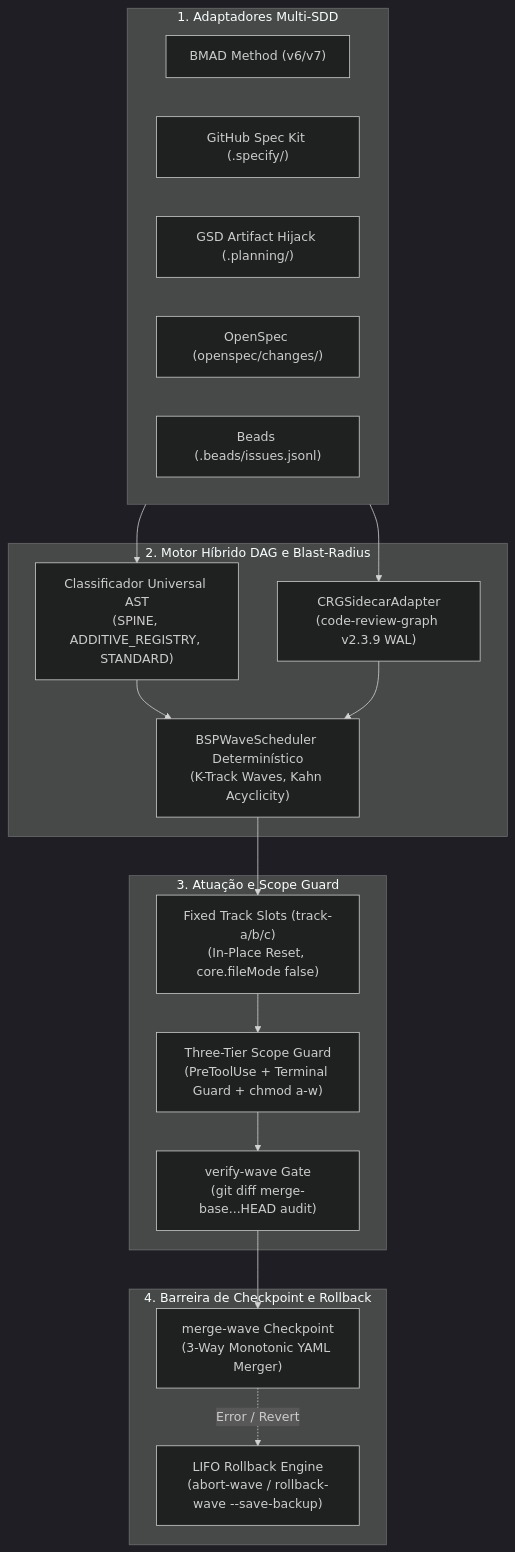
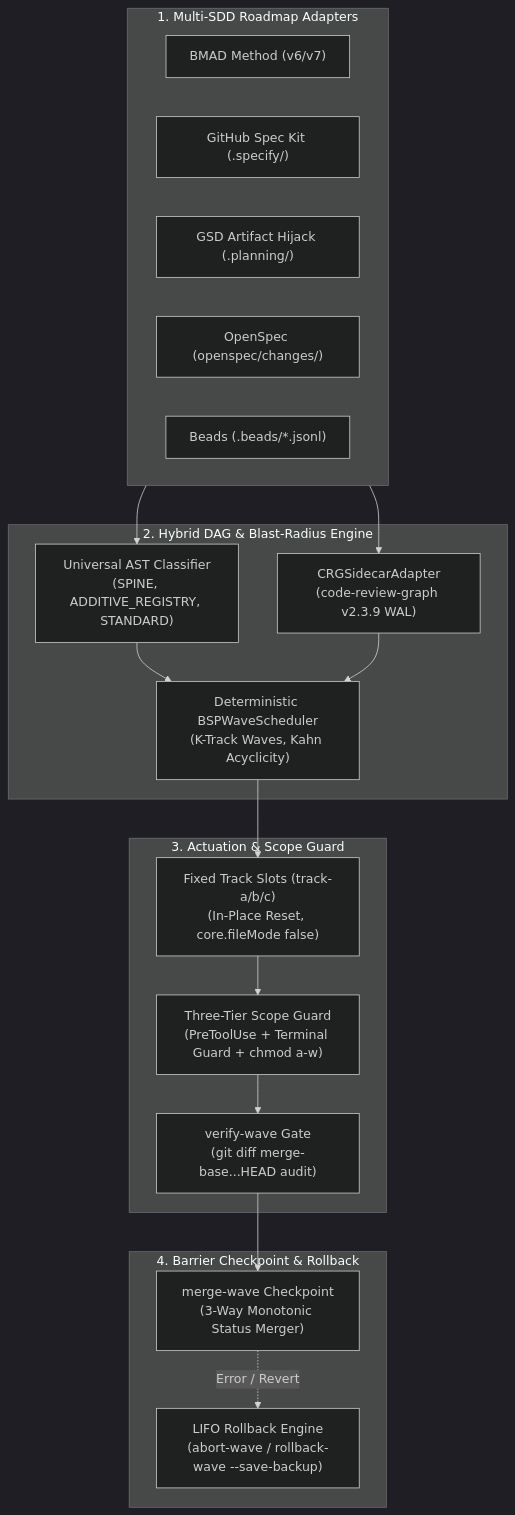
Before and after one commit to stopActingSoSmall/sdd-parallel: the diagram in docs/i18n/pt-BR/README.md, drawn with Mermaid (dark theme). The commit also changed other lines of this file and 14 other files, not shown here.

````diff
--- a/docs/i18n/pt-BR/README.md
+++ b/docs/i18n/pt-BR/README.md
@@ -157,34 +543,34 @@
 ```mermaid
 flowchart TD
-    subgraph Inputs["1. Adaptadores Multi-SDD"]
+    subgraph Inputs["1. Multi-SDD Roadmap Adapters"]
         BMAD["BMAD Method (v6/v7)"]
         SpecKit["GitHub Spec Kit (.specify/)"]
         GSD["GSD Artifact Hijack (.planning/)"]
         OpenSpec["OpenSpec (openspec/changes/)"]
-        Beads["Beads (.beads/issues.jsonl)"]
+        Beads["Beads (.beads/*.jsonl)"]
     end
 
-    subgraph Engine["2. Motor Híbrido DAG e Blast-Radius"]
-        AST["Classificador Universal AST\n(SPINE, ADDITIVE_REGISTRY, STANDARD)"]
+    subgraph Engine["2. Hybrid DAG & Blast-Radius Engine"]
+        AST["Universal AST Classifier\n(SPINE, ADDITIVE_REGISTRY, STANDARD)"]
         CRG["CRGSidecarAdapter\n(code-review-graph v2.3.9 WAL)"]
-        BSP["BSPWaveScheduler Determinístico\n(K-Track Waves, Kahn Acyclicity)"]
+        BSP["Deterministic BSPWaveScheduler\n(K-Track Waves, Kahn Acyclicity)"]
     end
 
-    subgraph Actuation["3. Atuação e Scope Guard"]
+    subgraph Actuation["3. Actuation & Scope Guard"]
         Slots["Fixed Track Slots (track-a/b/c)\n(In-Place Reset, core.fileMode false)"]
         Guard["Three-Tier Scope Guard\n(PreToolUse + Terminal Guard + chmod a-w)"]
         Verify["verify-wave Gate\n(git diff merge-base...HEAD audit)"]
     end
 
-    subgraph Barrier["4. Barreira de Checkpoint e Rollback"]
-        Merge["merge-wave Checkpoint\n(3-Way Monotonic YAML Merger)"]
+    subgraph Barrier["4. Barrier Checkpoint & Rollback"]
+        Merge["merge-wave Checkpoint\n(3-Way Monotonic Status Merger)"]
         Rollback["LIFO Rollback Engine\n(abort-wave / rollback-wave --save-backup)"]
     end
 
     Inputs --> AST & CRG
     AST & CRG --> BSP
     BSP --> Slots
     Slots --> Guard --> Verify
     Verify --> Merge
     Merge -. Error / Revert .-> Rollback
 ```
````
